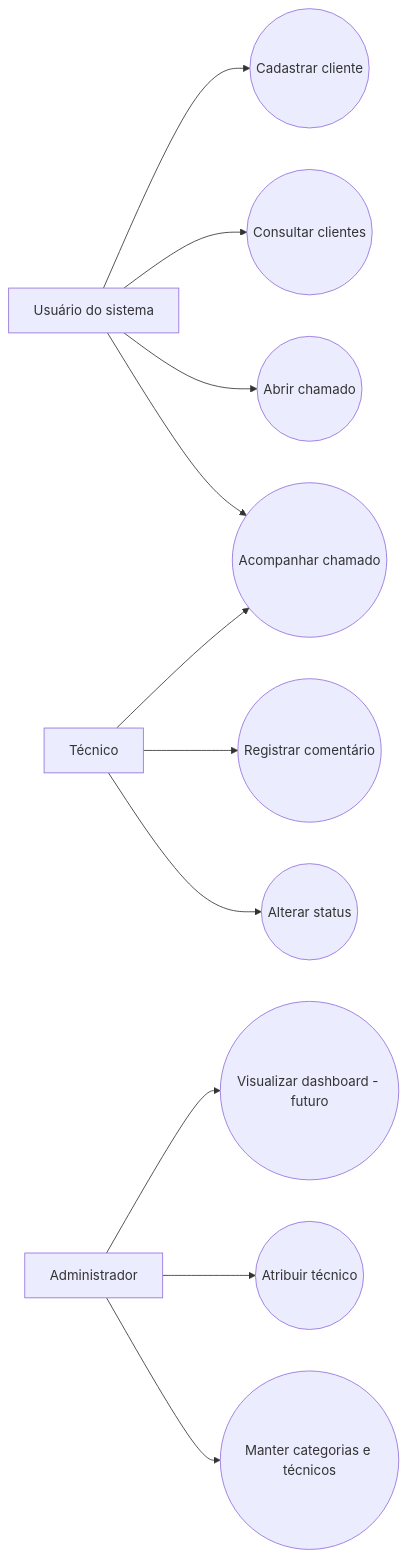
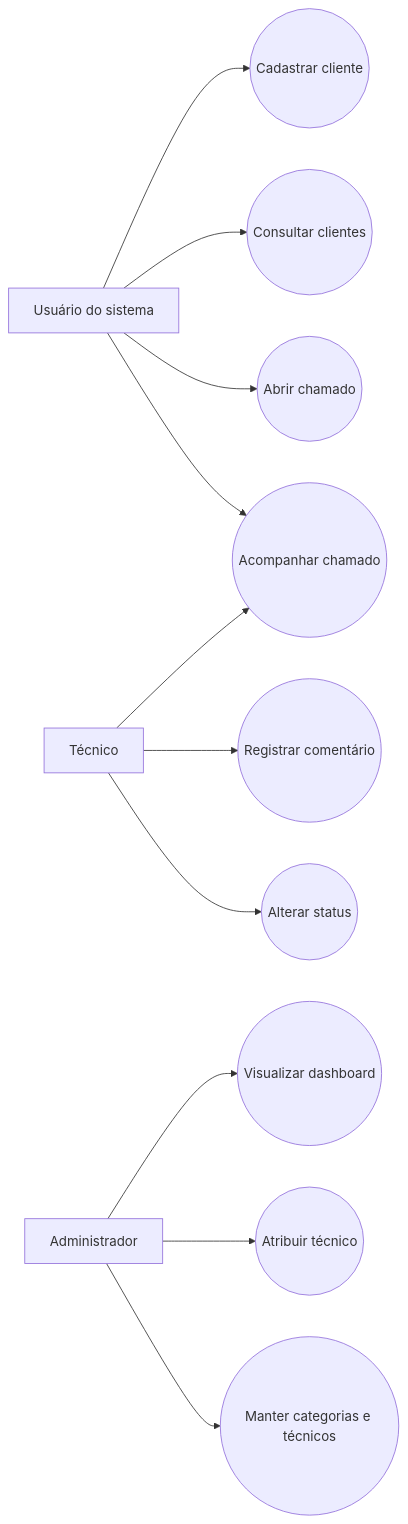
The first of 5 diagrams in docs/arquitetura.md (LucasQuinaglia/das), drawn with Mermaid before and after one commit. The commit also changed other lines of this file and 1 other file, not shown here.

Commit message:
docs: registra operacao e extensoes opcionais

````diff
--- a/docs/arquitetura.md
+++ b/docs/arquitetura.md
@@ -7,13 +7,13 @@
 ```mermaid
 flowchart LR
   Usuario[Usuário do sistema] --> UC1((Cadastrar cliente))
   Usuario --> UC2((Consultar clientes))
   Usuario --> UC3((Abrir chamado))
   Usuario --> UC4((Acompanhar chamado))
   Tecnico[Técnico] --> UC4
   Tecnico --> UC5((Registrar comentário))
   Tecnico --> UC6((Alterar status))
-  Admin[Administrador] --> UC7((Visualizar dashboard - futuro))
+  Admin[Administrador] --> UC7((Visualizar dashboard))
   Admin --> UC8((Atribuir técnico))
   Admin --> UC9((Manter categorias e técnicos))
 ```
````
